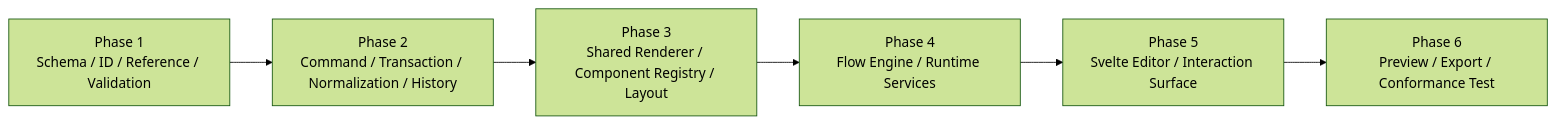
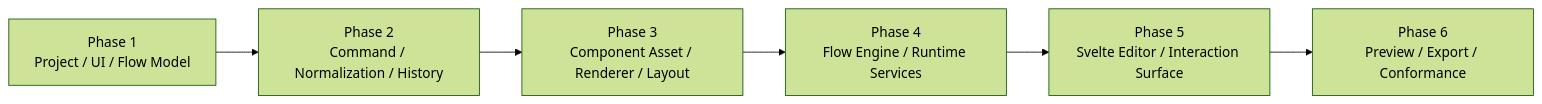
One commit to northwest-hcu/FlagShip changed the fifth of 6 diagrams in docs/architecture/10-examples-roadmap-and-decisions.md. Above: the diagram before and after it, drawn with Mermaid (forest theme). The commit also changed other lines of this file and 11 other files, not shown here.

Commit message:
docs: align architecture with component ownership model

````diff
--- a/docs/architecture/10-examples-roadmap-and-decisions.md
+++ b/docs/architecture/10-examples-roadmap-and-decisions.md
@@ -176,10 +180,10 @@
 ```mermaid
 flowchart LR
-    P1["Phase 1<br/>Schema / ID / Reference / Validation"]
-    P2["Phase 2<br/>Command / Transaction / Normalization / History"]
-    P3["Phase 3<br/>Shared Renderer / Component Registry / Layout"]
+    P1["Phase 1<br/>Project / UI / Flow Model"]
+    P2["Phase 2<br/>Command / Normalization / History"]
+    P3["Phase 3<br/>Component Asset / Renderer / Layout"]
     P4["Phase 4<br/>Flow Engine / Runtime Services"]
     P5["Phase 5<br/>Svelte Editor / Interaction Surface"]
-    P6["Phase 6<br/>Preview / Export / Conformance Test"]
+    P6["Phase 6<br/>Preview / Export / Conformance"]
     P1 --> P2 --> P3 --> P4 --> P5 --> P6
 ```
````
